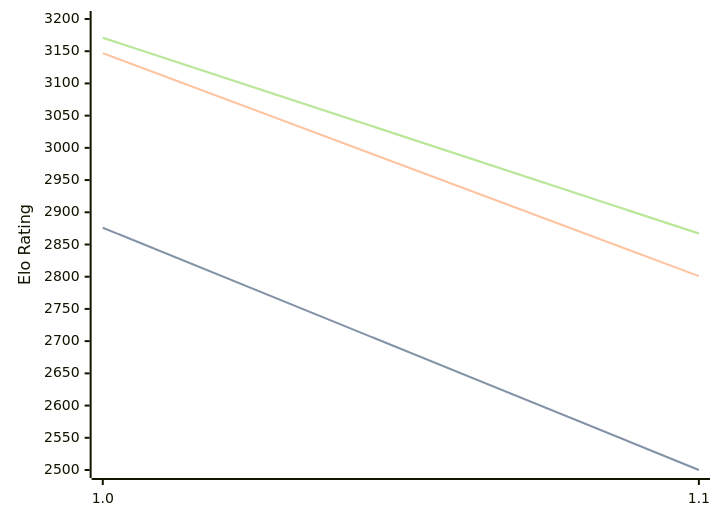
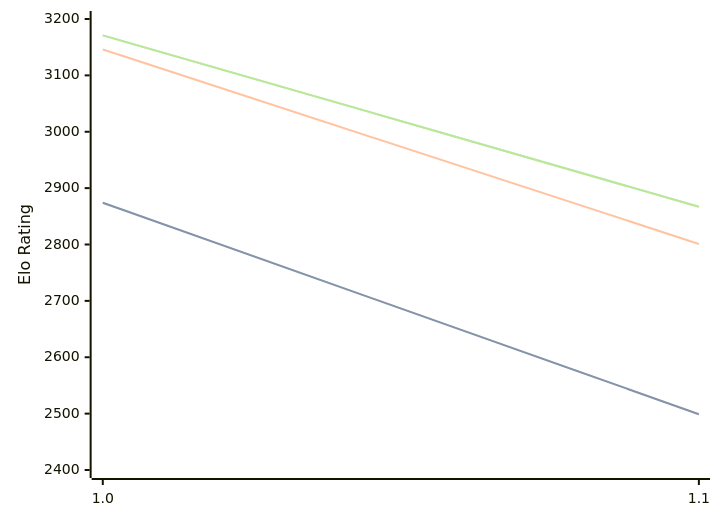
Before and after one commit to computer-chess-index/cci: the diagram in engines/Publius.md, drawn with Mermaid. The commit also changed other lines of this file, not shown here.

Commit message:
Update CCI Ratings (ELO VLTC) - 2026-03-16

````diff
--- a/engines/Publius.md
+++ b/engines/Publius.md
@@ -30,11 +30,11 @@
 ```mermaid
 %%{init: {"theme":"base","themeVariables":{"seriesColors:['#a3a3a3','#222221','#faa371']}}}%%
 xychart-beta
   x-axis ["1.0", "1.1"]
-  y-axis "Elo Rating" 2500 --> 3200
-  line "STC (8.0+0.08s)" [2876, 2500]
-  line "STC (8.0+0.08s)" [2876, 2500]
-  line "LTC (60.0+0.60s)" [3147, 2801]
+  y-axis "Elo Rating" 2400 --> 3200
+  line "STC (8.0+0.08s)" [2874, 2499]
+  line "STC (8.0+0.08s)" [2874, 2499]
+  line "LTC (60.0+0.60s)" [3146, 2801]
   line "VLTC (2m24s+1.12s)" [3171, 2867]
   line "VLTC (2m24s+1.12s)" [3171, 2867]
 ```
````
